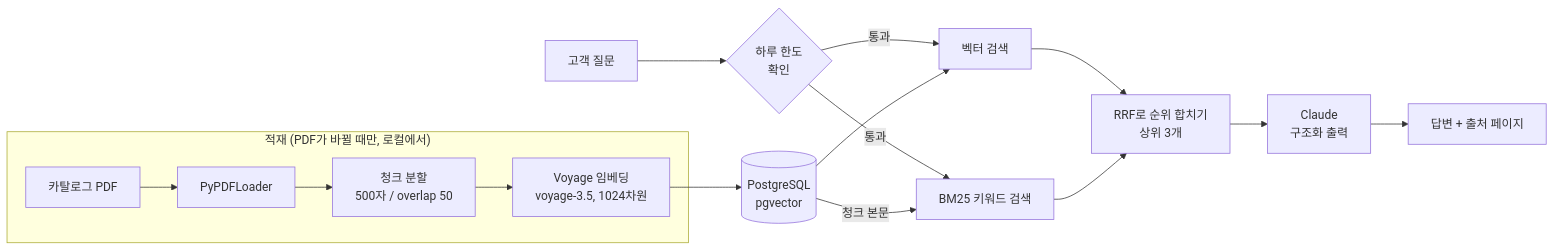
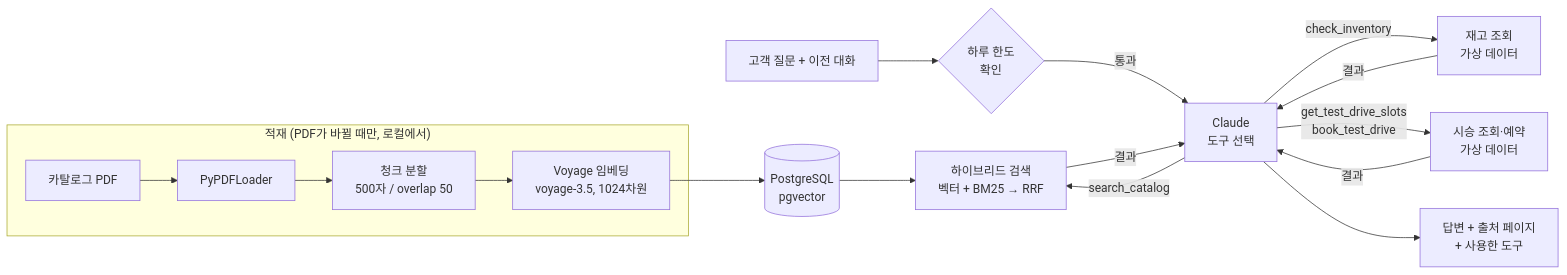
Before and after one commit to ikyoon0619/ai-cs-agent: the diagram in README.md, drawn with Mermaid. The commit also changed other lines of this file and 7 other files, not shown here.

````diff
--- a/README.md
+++ b/README.md
@@ -12,19 +13,20 @@
 ```mermaid
 flowchart LR
     subgraph 적재["적재 (PDF가 바뀔 때만, 로컬에서)"]
         A[카탈로그 PDF] --> B[PyPDFLoader]
         B --> C[청크 분할<br/>500자 / overlap 50]
         C --> D[Voyage 임베딩<br/>voyage-3.5, 1024차원]
     end
     D --> E[(PostgreSQL<br/>pgvector)]
 
-    Q[고객 질문] --> L{하루 한도<br/>확인}
-    L -->|통과| V[벡터 검색]
-    L -->|통과| K[BM25 키워드 검색]
-    E --> V
-    E -->|청크 본문| K
-    V --> R[RRF로 순위 합치기<br/>상위 3개]
-    K --> R
-    R --> G[Claude<br/>구조화 출력]
-    G --> H[답변 + 출처 페이지]
+    Q[고객 질문 + 이전 대화] --> L{하루 한도<br/>확인}
+    L -->|통과| G[Claude<br/>도구 선택]
+    G -->|search_catalog| S[하이브리드 검색<br/>벡터 + BM25 → RRF]
+    E --> S
+    G -->|check_inventory| I[재고 조회<br/>가상 데이터]
+    G -->|get_test_drive_slots<br/>book_test_drive| T[시승 조회·예약<br/>가상 데이터]
+    S -->|결과| G
+    I -->|결과| G
+    T -->|결과| G
+    G --> H[답변 + 출처 페이지<br/>+ 사용한 도구]
 ```
````
